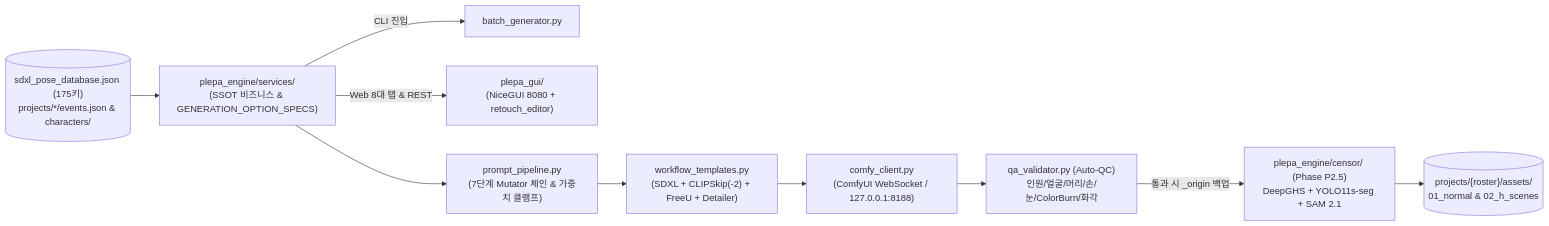
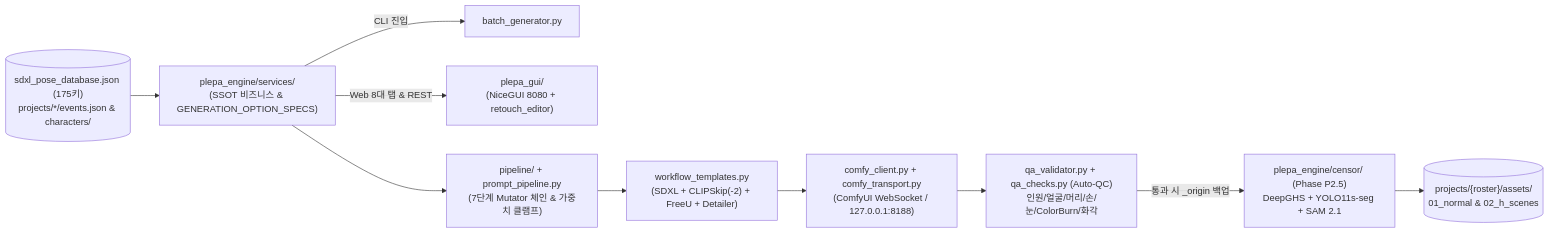
Before and after one commit to LeeKyunHo/plepa: the diagram in docs/플에파_기능명세.md, drawn with Mermaid. The commit also changed other lines of this file and 5 other files, not shown here.

````diff
--- a/docs/플에파_기능명세.md
+++ b/docs/플에파_기능명세.md
@@ -9,12 +9,12 @@
 ```mermaid
 flowchart LR
     DB[("sdxl_pose_database.json (175키)\nprojects/*/events.json & characters/")] --> Services["plepa_engine/services/\n(SSOT 비즈니스 & GENERATION_OPTION_SPECS)"]
     Services -->|"CLI 진입"| CLI["batch_generator.py"]
     Services -->|"Web 8대 탭 & REST"| GUI["plepa_gui/\n(NiceGUI 8080 + retouch_editor)"]
-    Services --> Pipeline["prompt_pipeline.py\n(7단계 Mutator 체인 & 가중치 클램프)"]
+    Services --> Pipeline["pipeline/ + prompt_pipeline.py\n(7단계 Mutator 체인 & 가중치 클램프)"]
     Pipeline --> WF["workflow_templates.py\n(SDXL + CLIPSkip(-2) + FreeU + Detailer)"]
-    WF --> Comfy["comfy_client.py\n(ComfyUI WebSocket / 127.0.0.1:8188)"]
-    Comfy --> QC["qa_validator.py (Auto-QC)\n인원/얼굴/머리/손/눈/ColorBurn/화각"]
+    WF --> Comfy["comfy_client.py + comfy_transport.py\n(ComfyUI WebSocket / 127.0.0.1:8188)"]
+    Comfy --> QC["qa_validator.py + qa_checks.py (Auto-QC)\n인원/얼굴/머리/손/눈/ColorBurn/화각"]
     QC -->|"통과 시 _origin 백업"| Censor["plepa_engine/censor/ (Phase P2.5)\nDeepGHS + YOLO11s-seg + SAM 2.1"]
     Censor --> Assets[("projects/{roster}/assets/\n01_normal & 02_h_scenes")]
 ```
````
